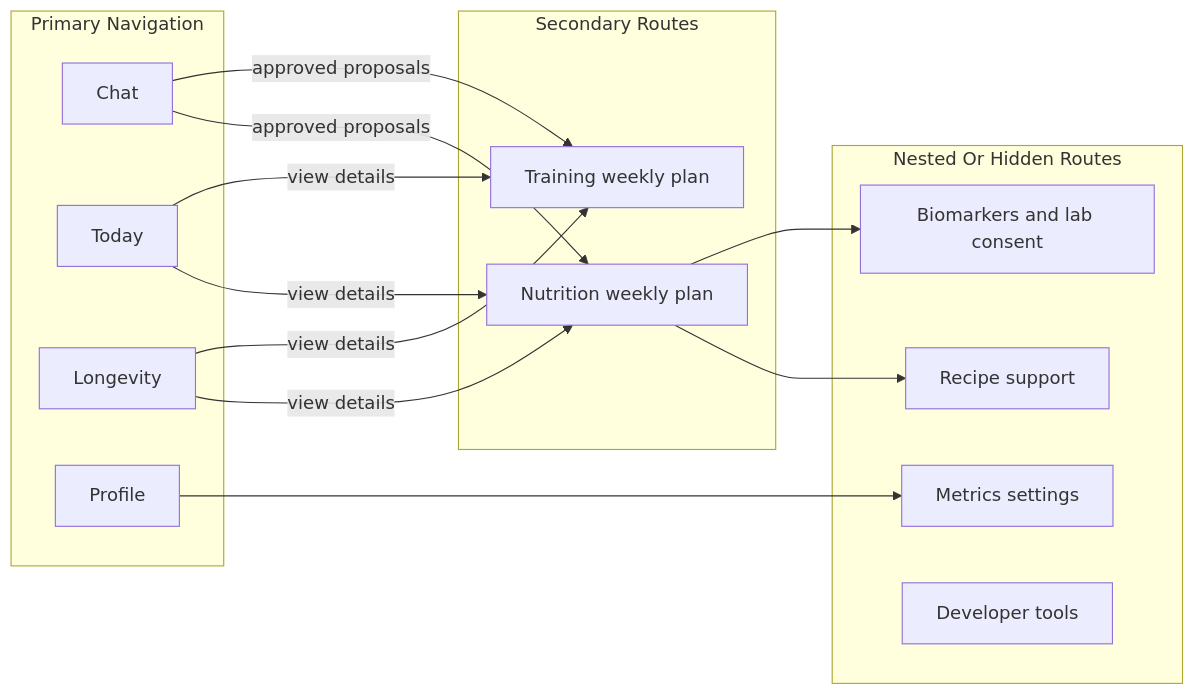
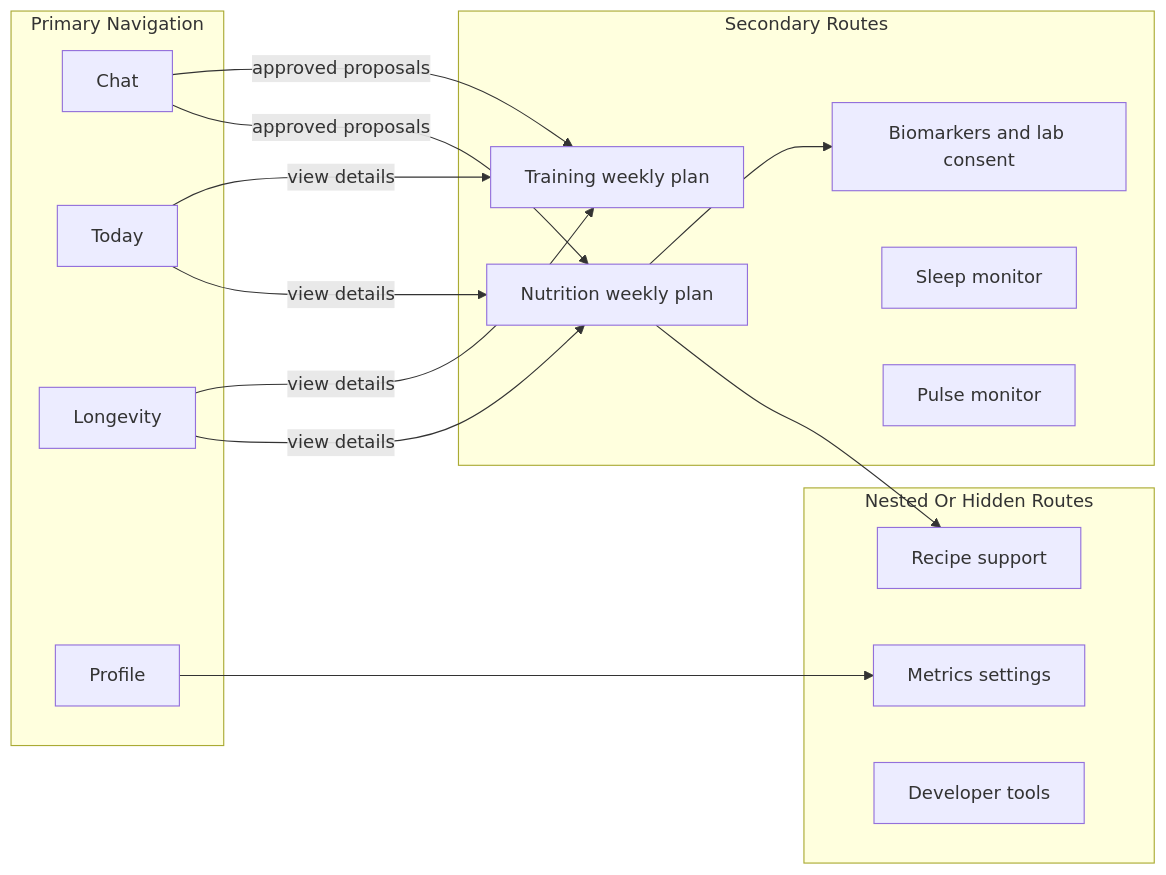
One commit to IldarRash/HealthTracer changed the first of 2 diagrams in docs/architecture/product-surface-architecture.md. Above: the diagram before and after it, drawn with Mermaid. The commit also changed other lines of this file and 42 other files, not shown here.

First line of the commit message:
feat(vitals): sleep & pulse monitors (web) reading from device-metrics

````diff
--- a/docs/architecture/product-surface-architecture.md
+++ b/docs/architecture/product-surface-architecture.md
@@ -11,31 +11,33 @@
 ```mermaid
 flowchart LR
   subgraph primaryNav [Primary Navigation]
     Chat["Chat"]
     Today["Today"]
     Longevity["Longevity"]
     Profile["Profile"]
   end
 
   subgraph secondaryRoutes [Secondary Routes]
     Training["Training weekly plan"]
     Nutrition["Nutrition weekly plan"]
+    Biomarkers["Biomarkers and lab consent"]
+    Sleep["Sleep monitor"]
+    Pulse["Pulse monitor"]
   end
 
   subgraph nestedRoutes [Nested Or Hidden Routes]
-    Biomarkers["Biomarkers and lab consent"]
     Metrics["Metrics settings"]
     Recipes["Recipe support"]
     DevTools["Developer tools"]
   end
 
   Chat -->|"approved proposals"| Training
   Chat -->|"approved proposals"| Nutrition
   Today -->|"view details"| Training
   Today -->|"view details"| Nutrition
   Longevity -->|"view details"| Training
   Longevity -->|"view details"| Nutrition
   Nutrition --> Biomarkers
   Profile --> Metrics
   Nutrition --> Recipes
 ```
````
